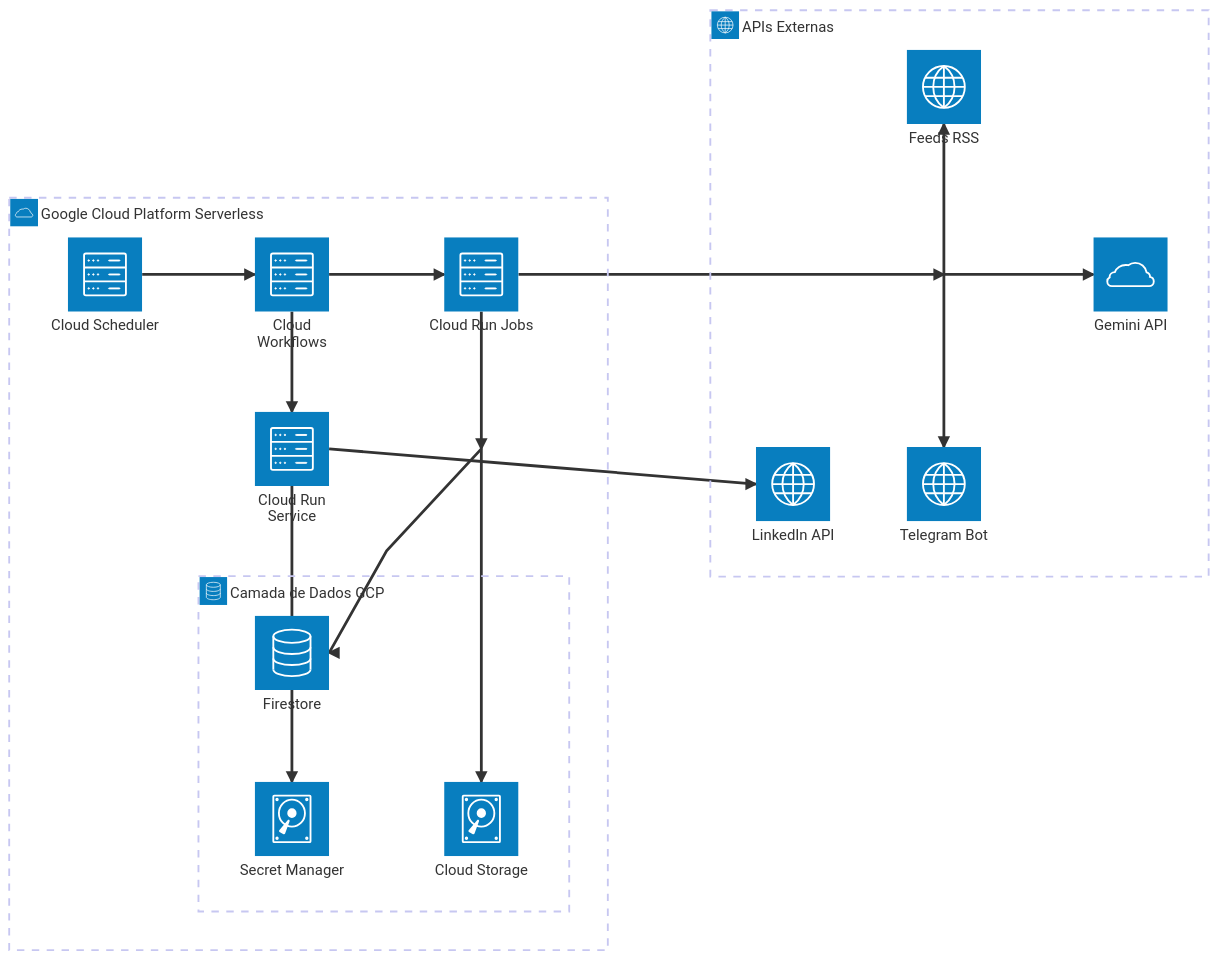
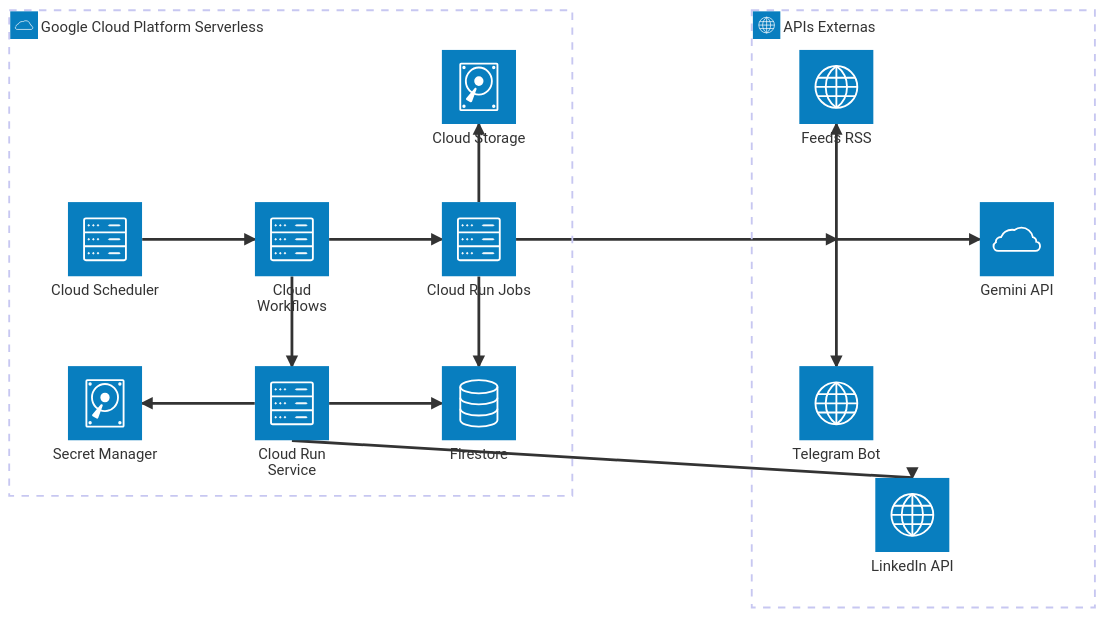
The first of 6 diagrams in README.md (marllonfernandes/linkedin-automation), drawn with Mermaid before and after one commit.

Commit message:
docs: align Firestore and Cloud Run Jobs orthogonally in architecture-beta

````diff
--- a/README.md
+++ b/README.md
@@ -25,37 +25,35 @@
 ```mermaid
 architecture-beta
     group gcp(cloud)[Google Cloud Platform Serverless]
-    group data(database)[Camada de Dados GCP] in gcp
     group ext(internet)[APIs Externas]
 
     service scheduler(server)[Cloud Scheduler] in gcp
     service workflows(server)[Cloud Workflows] in gcp
     service job(server)[Cloud Run Jobs] in gcp
     service service_api(server)[Cloud Run Service] in gcp
-
-    service firestore(database)[Firestore] in data
-    service gcs(disk)[Cloud Storage] in data
-    service secrets(disk)[Secret Manager] in data
+    service firestore(database)[Firestore] in gcp
+    service gcs(disk)[Cloud Storage] in gcp
+    service secrets(disk)[Secret Manager] in gcp
 
     service rss(internet)[Feeds RSS] in ext
     service gemini(cloud)[Gemini API] in ext
     service telegram(internet)[Telegram Bot] in ext
     service linkedin(internet)[LinkedIn API] in ext
 
-    junction j_job in gcp
     junction j_ext in ext
 
     scheduler:R --> L:workflows
     workflows:R --> L:job
     workflows:B --> T:service_api
-    job:B --> T:j_job
-    j_job:L --> R:firestore
-    j_job:B --> T:gcs
-    service_api:B --> T:secrets
+
+    job:T --> B:gcs
+    job:B --> T:firestore
+    service_api:R --> L:firestore
+    service_api:L --> R:secrets
 
     job:R --> L:j_ext
     j_ext:T --> B:rss
     j_ext:R --> L:gemini
     j_ext:B --> T:telegram
-    service_api:R --> L:linkedin
+    service_api:B --> T:linkedin
 ```
````
